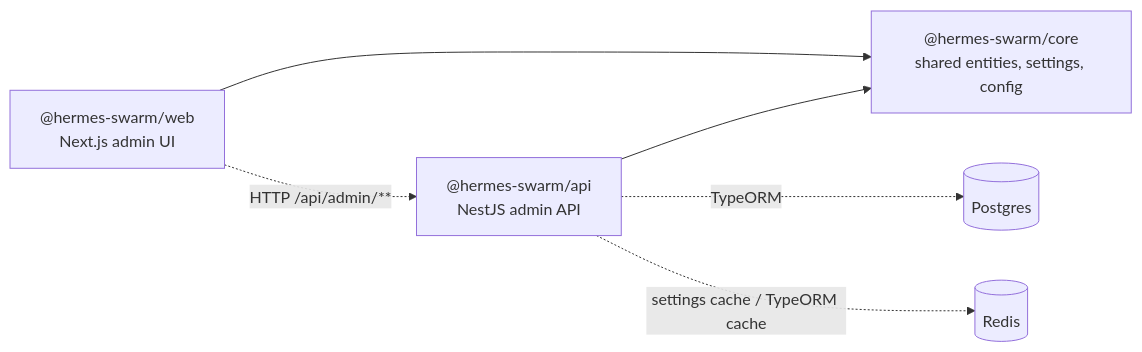
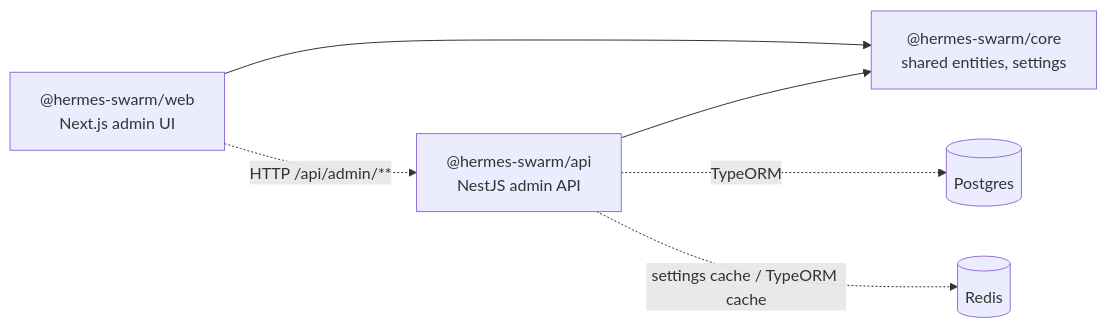
One commit to AyalaKaguya/hermes-swarm changed the first of 8 diagrams in docs/current-module-reference-graph.md. Above: the diagram before and after it, drawn with Mermaid. The commit also changed other lines of this file and 16 other files, not shown here.

Commit message:
refactor(api,core,web): 将数据库/Redis 配置迁移至 NestJS ConfigModule，移除 core 配置包

````diff
--- a/docs/current-module-reference-graph.md
+++ b/docs/current-module-reference-graph.md
@@ -11,8 +11,8 @@
 ```mermaid
 flowchart LR
-  Web["@hermes-swarm/web<br/>Next.js admin UI"] --> Core["@hermes-swarm/core<br/>shared entities, settings, config"]
+  Web["@hermes-swarm/web<br/>Next.js admin UI"] --> Core["@hermes-swarm/core<br/>shared entities, settings"]
   Api["@hermes-swarm/api<br/>NestJS admin API"] --> Core
   Web -. "HTTP /api/admin/**" .-> Api
   Api -. "TypeORM" .-> Postgres[("Postgres")]
   Api -. "settings cache / TypeORM cache" .-> Redis[("Redis")]
 ```
````
